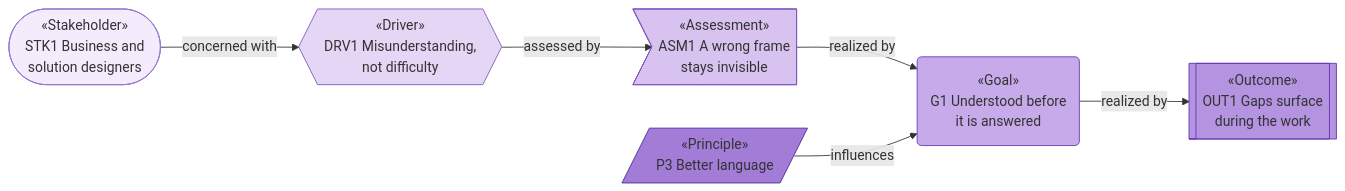
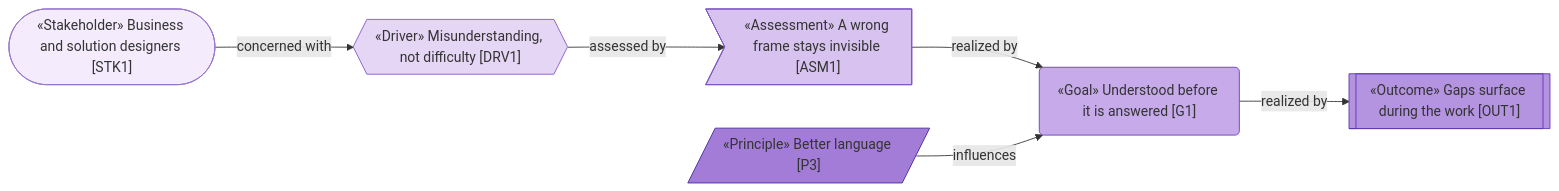
Before and after one commit to roanboc/architecture-archreator: the first of 5 diagrams in product-archreator/architecture/reviews/2_diagram-notation-icons.md, drawn with Mermaid. The commit also changed other lines of this file and 38 other files, not shown here.

````diff
--- a/product-archreator/architecture/reviews/2_diagram-notation-icons.md
+++ b/product-archreator/architecture/reviews/2_diagram-notation-icons.md
@@ -22,22 +22,22 @@
 ```mermaid
 flowchart LR
-  stk(["«Stakeholder»<br>STK1 Business and<br>solution designers"]):::stakeholder
-  drv{{"«Driver»<br>DRV1 Misunderstanding,<br>not difficulty"}}:::driver
-  asm>"«Assessment»<br>ASM1 A wrong frame<br>stays invisible"]:::assessment
-  g("«Goal»<br>G1 Understood before<br>it is answered"):::goal
-  out[["«Outcome»<br>OUT1 Gaps surface<br>during the work"]]:::outcome
-  p[/"«Principle»<br>P3 Better language"/]:::principle
+  stk(["«Stakeholder» Business and solution designers [STK1]"]):::stakeholder
+  drv{{"«Driver» Misunderstanding, not difficulty [DRV1]"}}:::driver
+  asm>"«Assessment» A wrong frame stays invisible [ASM1]"]:::assessment
+  g("«Goal» Understood before it is answered [G1]"):::goal
+  out[["«Outcome» Gaps surface during the work [OUT1]"]]:::outcome
+  p[/"«Principle» Better language [P3]"/]:::principle
 
   stk -->|concerned with| drv
   drv -->|assessed by| asm
   asm -->|realized by| g
   g -->|realized by| out
   p -->|influences| g
 
   classDef stakeholder fill:#f4ecfc,stroke:#9575cd,color:#333
   classDef driver fill:#e6d6f5,stroke:#7e57c2,color:#333
   classDef assessment fill:#d8c3f0,stroke:#7e57c2,color:#333
   classDef goal fill:#c6aae9,stroke:#673ab7,color:#333
   classDef outcome fill:#b493e0,stroke:#5e35b1,color:#333
   classDef principle fill:#a37cd8,stroke:#4527a0,color:#333
 ```
````
